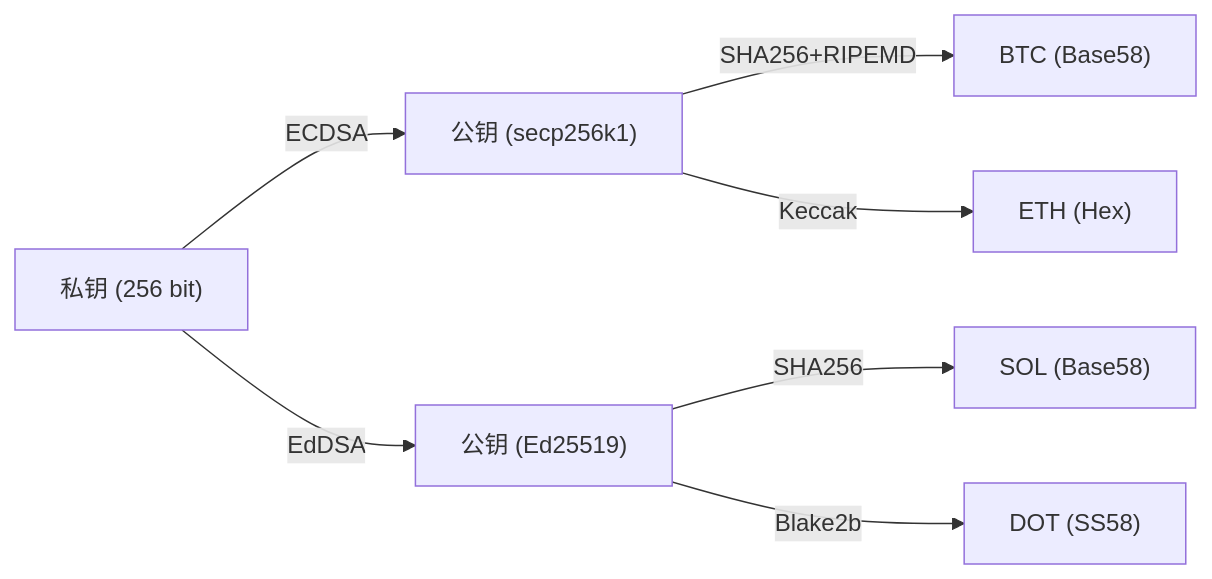
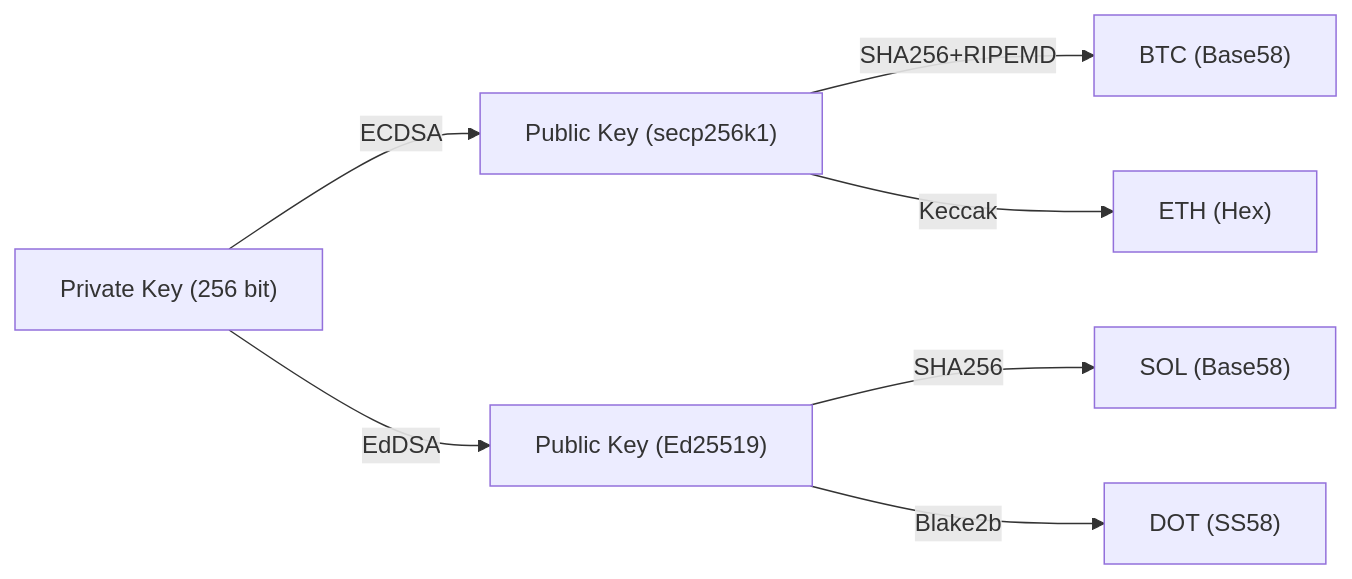
One commit to stars-labs/cryptograph-onboarding-trainning changed the first of 3 diagrams in docs/cryptography/crypto-applications.md. Above: the diagram before and after it, drawn with Mermaid. The commit also changed other lines of this file and 15 other files, not shown here.

````diff
--- a/docs/cryptography/crypto-applications.md
+++ b/docs/cryptography/crypto-applications.md
@@ -28,10 +28,10 @@
 ```mermaid
 flowchart LR
-    PK["私钥 (256 bit)"] -->|ECDSA| PUB1["公钥 (secp256k1)"]
-    PK -->|EdDSA| PUB2["公钥 (Ed25519)"]
+    PK["Private Key (256 bit)"] -->|ECDSA| PUB1["Public Key (secp256k1)"]
+    PK -->|EdDSA| PUB2["Public Key (Ed25519)"]
     
     PUB1 -->|SHA256+RIPEMD| BTC["BTC (Base58)"]
     PUB1 -->|Keccak| ETH["ETH (Hex)"]
     PUB2 -->|SHA256| SOL["SOL (Base58)"]
     PUB2 -->|Blake2b| DOT["DOT (SS58)"]
 ```
````
